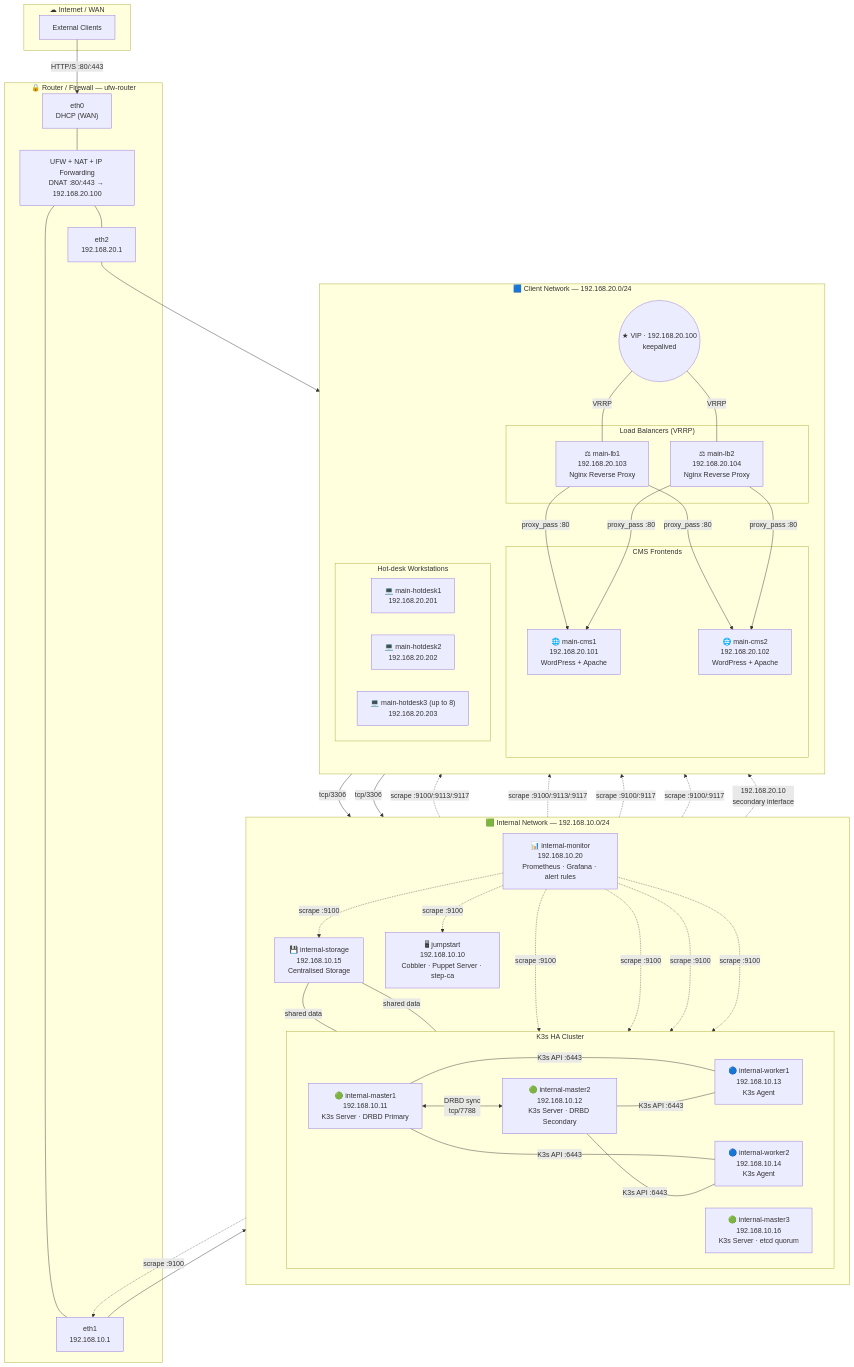
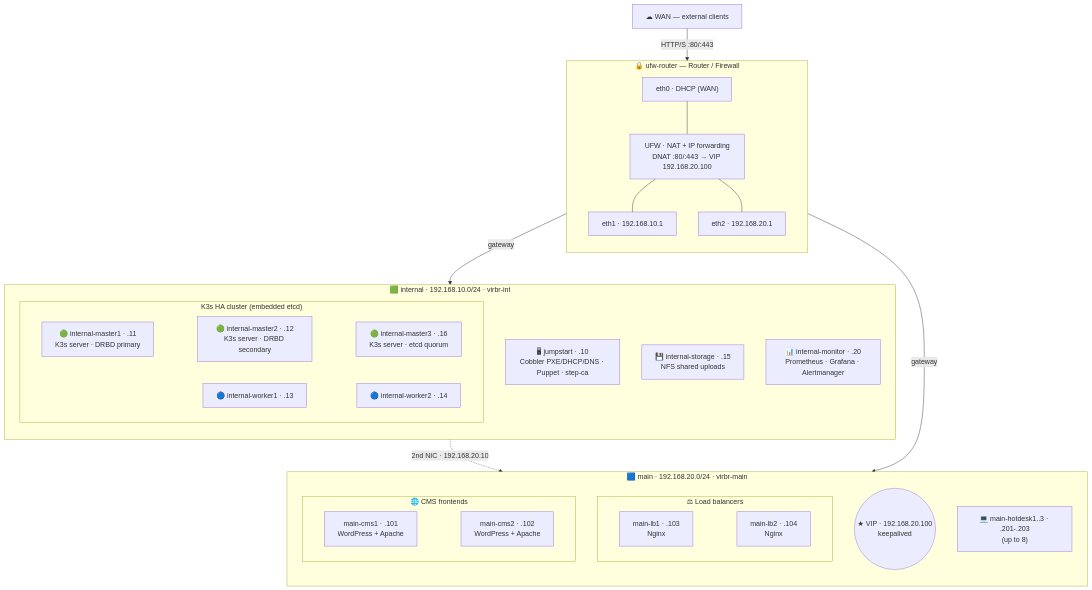
One commit to Aitor42/CMS-HA-Infrastructure changed the first of 3 diagrams in docs/NETWORK_DIAGRAM.md. Above: the diagram before and after it, drawn with Mermaid. The commit also changed other lines of this file and 4 other files, not shown here.

````diff
--- a/docs/NETWORK_DIAGRAM.md
+++ b/docs/NETWORK_DIAGRAM.md
@@ -11,98 +11,53 @@
 ```mermaid
 graph TB
-    subgraph INTERNET["☁ Internet / WAN"]
-        CLOUD["External Clients"]
+    WAN["☁ WAN — external clients"]
+
+    subgraph ROUTER["🔒 ufw-router — Router / Firewall"]
+        direction TB
+        R_WAN["eth0 · DHCP (WAN)"]
+        R_FW["UFW · NAT + IP forwarding<br/>DNAT :80/:443 → VIP 192.168.20.100"]
+        R_INT["eth1 · 192.168.10.1"]
+        R_MAIN["eth2 · 192.168.20.1"]
+        R_WAN --- R_FW --- R_INT
+        R_FW --- R_MAIN
     end
 
-    subgraph FW["🔒 Router / Firewall — ufw-router"]
-        ETH0["eth0<br/>DHCP (WAN)"]
-        UFW_CORE["UFW + NAT + IP Forwarding<br/>DNAT :80/:443 → 192.168.20.100"]
-        ETH1["eth1<br/>192.168.10.1"]
-        ETH2["eth2<br/>192.168.20.1"]
-        ETH0 --- UFW_CORE
-        UFW_CORE --- ETH1
-        UFW_CORE --- ETH2
+    subgraph INTERNAL["🟩 internal · 192.168.10.0/24 · virbr-int"]
+        direction TB
+        JS["🖥 jumpstart · .10<br/>Cobbler PXE/DHCP/DNS · Puppet · step-ca"]
+
+        subgraph K3S["K3s HA cluster (embedded etcd)"]
+            M1["🟢 internal-master1 · .11<br/>K3s server · DRBD primary"]
+            M2["🟢 internal-master2 · .12<br/>K3s server · DRBD secondary"]
+            M3["🟢 internal-master3 · .16<br/>K3s server · etcd quorum"]
+            W1["🔵 internal-worker1 · .13"]
+            W2["🔵 internal-worker2 · .14"]
+            M1 ~~~ M2 ~~~ M3
+            W1 ~~~ W2
+        end
+
+        ST["💾 internal-storage · .15<br/>NFS shared uploads"]
+        MON["📊 internal-monitor · .20<br/>Prometheus · Grafana · Alertmanager"]
     end
 
-    subgraph INTERNAL["🟩 Internal Network — 192.168.10.0/24"]
+    subgraph MAIN["🟦 main · 192.168.20.0/24 · virbr-main"]
         direction TB
-        JS["🖥 jumpstart<br/>192.168.10.10<br/>Cobbler · Puppet Server · step-ca"]
-
-        subgraph K3S_CLUSTER["K3s HA Cluster"]
-            direction LR
-            M1["🟢 internal-master1<br/>192.168.10.11<br/>K3s Server · DRBD Primary"]
-            M2["🟢 internal-master2<br/>192.168.10.12<br/>K3s Server · DRBD Secondary"]
-            M3["🟢 internal-master3<br/>192.168.10.16<br/>K3s Server · etcd quorum"]
-            W1["🔵 internal-worker1<br/>192.168.10.13<br/>K3s Agent"]
-            W2["🔵 internal-worker2<br/>192.168.10.14<br/>K3s Agent"]
+        VIP(("★ VIP · 192.168.20.100<br/>keepalived"))
+        subgraph LBS["⚖ Load balancers"]
+            LB1["main-lb1 · .103<br/>Nginx"]
+            LB2["main-lb2 · .104<br/>Nginx"]
+            LB1 ~~~ LB2
         end
-
-        ST["💾 internal-storage<br/>192.168.10.15<br/>Centralised Storage"]
-        MON["📊 internal-monitor<br/>192.168.10.20<br/>Prometheus · Grafana · alert rules"]
+        subgraph FES["🌐 CMS frontends"]
+            CMS1["main-cms1 · .101<br/>WordPress + Apache"]
+            CMS2["main-cms2 · .102<br/>WordPress + Apache"]
+            CMS1 ~~~ CMS2
+        end
+        HD["💻 main-hotdesk1..3 · .201-.203<br/>(up to 8)"]
     end
 
-    subgraph MAIN["🟦 Client Network — 192.168.20.0/24"]
-        direction TB
-        VIP(("★ VIP · 192.168.20.100<br/>keepalived"))
-
-        subgraph LB_POOL["Load Balancers (VRRP)"]
-            LB1["⚖ main-lb1<br/>192.168.20.103<br/>Nginx Reverse Proxy"]
-            LB2["⚖ main-lb2<br/>192.168.20.104<br/>Nginx Reverse Proxy"]
-        end
-
-        subgraph CMS_POOL["CMS Frontends"]
-            CMS1["🌐 main-cms1<br/>192.168.20.101<br/>WordPress + Apache"]
-            CMS2["🌐 main-cms2<br/>192.168.20.102<br/>WordPress + Apache"]
-        end
-
-        subgraph HOTDESKS["Hot-desk Workstations"]
-            HD1["💻 main-hotdesk1<br/>192.168.20.201"]
-            HD2["💻 main-hotdesk2<br/>192.168.20.202"]
-            HD38["💻 main-hotdesk3 (up to 8)<br/>192.168.20.203"]
-        end
-    end
-
-    %% --- WAN traffic ---
-    CLOUD -->|"HTTP/S :80/:443"| ETH0
-    ETH1 --> INTERNAL
-    ETH2 --> MAIN
-
-    %% --- Dual-homed jumpstart ---
-    JS -.->|"192.168.20.10<br/>secondary interface"| MAIN
-
-    %% --- K3s cluster mesh ---
-    M1 <-->|"DRBD sync<br/>tcp/7788"| M2
-    M1 ---|"K3s API :6443"| W1
-    M1 ---|"K3s API :6443"| W2
-    M2 ---|"K3s API :6443"| W1
-    M2 ---|"K3s API :6443"| W2
-
-    %% --- Storage ---
-    ST ---|"shared data"| M1
-    ST ---|"shared data"| M2
-
-    %% --- Load balancing ---
-    VIP ---|"VRRP"| LB1
-    VIP ---|"VRRP"| LB2
-    LB1 -->|"proxy_pass :80"| CMS1
-    LB1 -->|"proxy_pass :80"| CMS2
-    LB2 -->|"proxy_pass :80"| CMS1
-    LB2 -->|"proxy_pass :80"| CMS2
-
-    %% --- CMS to DB ---
-    CMS1 -->|"tcp/3306"| M1
-    CMS2 -->|"tcp/3306"| M1
-
-    %% --- Monitoring scrape targets (all nodes) ---
-    MON -.->|"scrape :9100"| JS
-    MON -.->|"scrape :9100"| M1
-    MON -.->|"scrape :9100"| M2
-    MON -.->|"scrape :9100"| W1
-    MON -.->|"scrape :9100"| W2
-    MON -.->|"scrape :9100"| ST
-    MON -.->|"scrape :9100/:9113/:9117"| LB1
-    MON -.->|"scrape :9100/:9113/:9117"| LB2
-    MON -.->|"scrape :9100/:9117"| CMS1
-    MON -.->|"scrape :9100/:9117"| CMS2
-    MON -.->|"scrape :9100"| ETH1
+    WAN -->|"HTTP/S :80/:443"| R_WAN
+    R_INT -->|"gateway"| INTERNAL
+    R_MAIN -->|"gateway"| MAIN
+    JS -.->|"2nd NIC · 192.168.20.10"| MAIN
 ```
````
